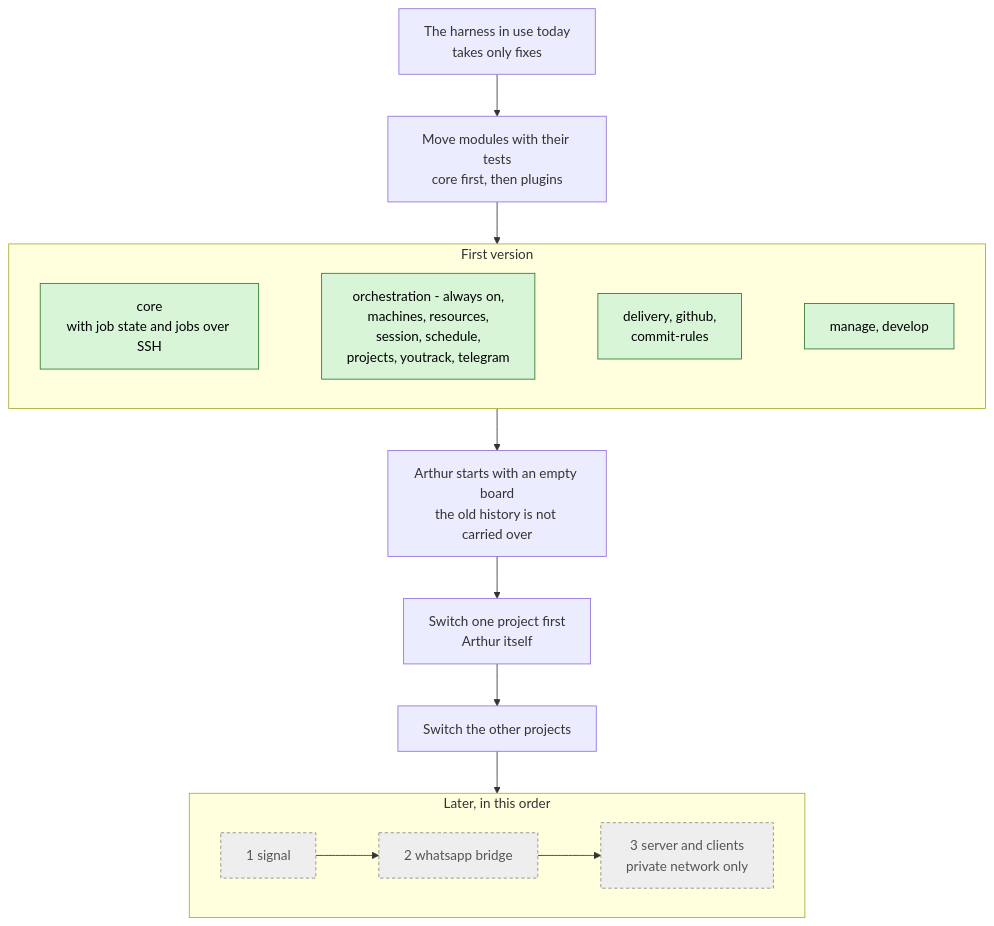
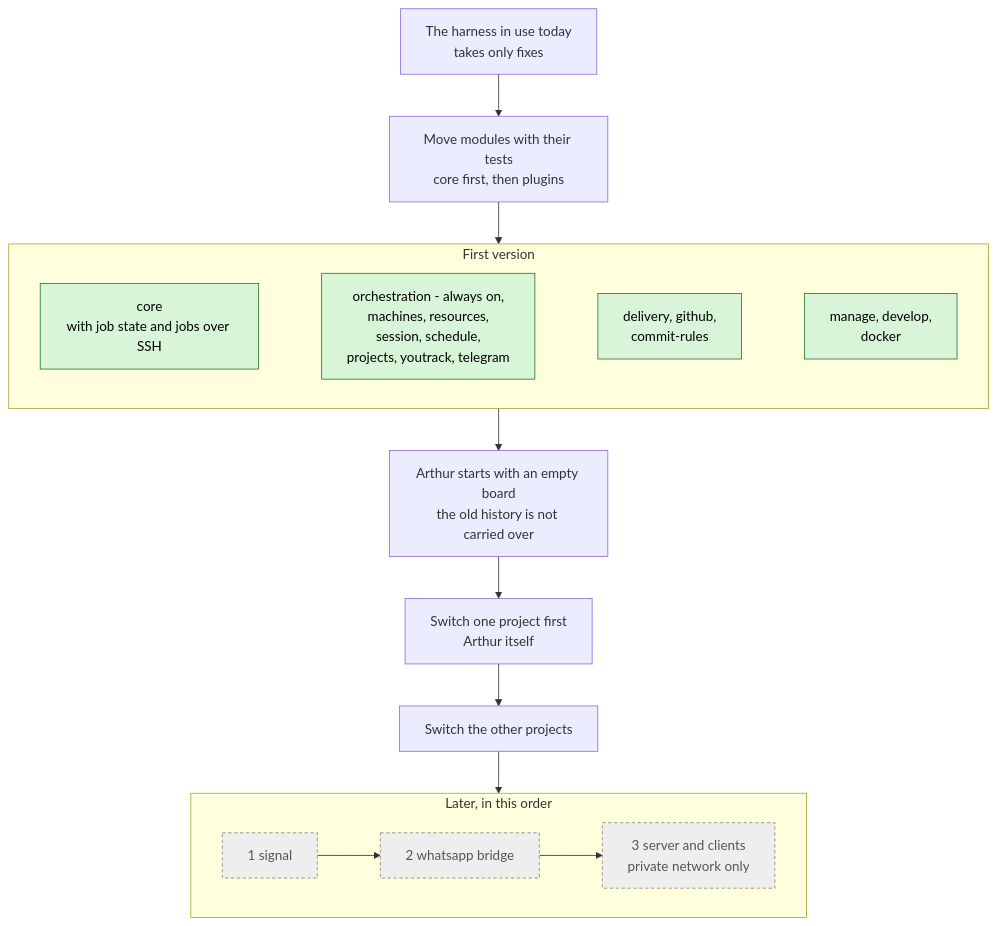
The diagram in docs/architecture/versions.mmd (kacperadler/arthur), drawn with Mermaid before and after one commit. The commit also changed 5 other files, not shown here.

Commit message:
docs(AR0034): disk floor and Docker cleanup in vision and roadmap

```diff
--- a/docs/architecture/versions.mmd
+++ b/docs/architecture/versions.mmd
@@ -1,30 +1,30 @@
 %% From the harness in use today to Arthur's first version and after it. Green = first version, grey dashed = later.
 flowchart TD
   today[The harness in use today<br/>takes only fixes]
   move[Move modules with their tests<br/>core first, then plugins]
 
   subgraph V1[First version]
     core[core<br/>with job state and jobs over SSH]
     p1[orchestration - always on,<br/>machines, resources,<br/>session, schedule,<br/>projects, youtrack, telegram]
     p2[delivery, github,<br/>commit-rules]
-    p3[manage, develop]
+    p3[manage, develop,<br/>docker]
     core ~~~ p1 ~~~ p2 ~~~ p3
   end
 
   start[Arthur starts with an empty board<br/>the old history is not carried over]
   switch1[Switch one project first<br/>Arthur itself]
   switch2[Switch the other projects]
 
   subgraph V2[Later, in this order]
     signal[1 signal]
     whatsapp[2 whatsapp bridge]
     server[3 server and clients<br/>private network only]
     signal --> whatsapp --> server
   end
 
   today --> move --> V1 --> start --> switch1 --> switch2 --> V2
 
   classDef first fill:#d8f5d8,stroke:#2d7a2d,color:#000;
   classDef later fill:#eee,stroke:#888,stroke-dasharray:4 3,color:#555;
   class core,p1,p2,p3 first;
   class signal,whatsapp,server later;
```
